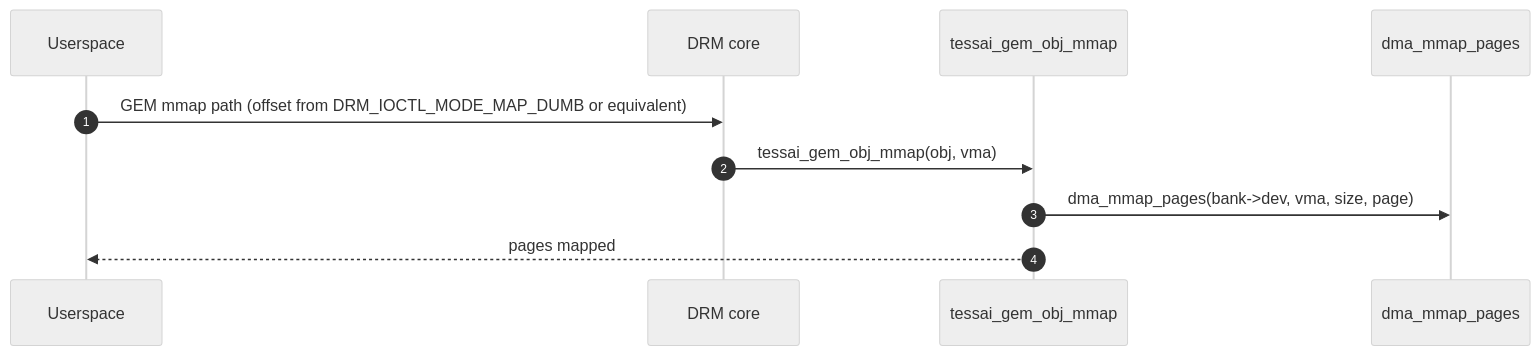
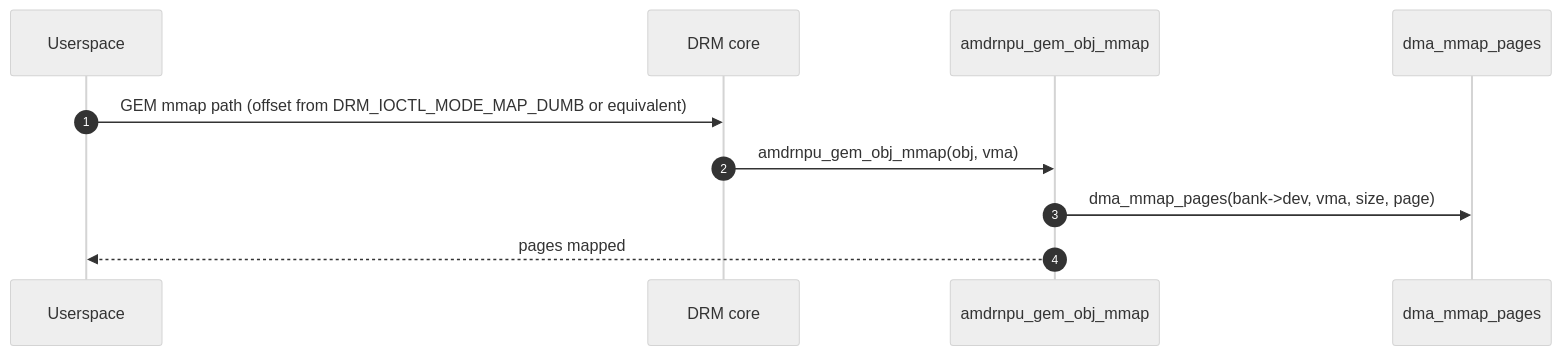
The fourth of 6 diagrams in docs/buffer-management.md (Xilinx/amdrnpu), drawn with Mermaid (neutral theme) before and after one commit. The commit also changed other lines of this file and 107 other files, not shown here.

Commit message:
Change all tessai references to amdrnpu

````diff
--- a/docs/buffer-management.md
+++ b/docs/buffer-management.md
@@ -157,13 +157,13 @@
 ```mermaid
 sequenceDiagram
     autonumber
     participant U as Userspace
     participant DRM as DRM core
-    participant K as tessai_gem_obj_mmap
+    participant K as amdrnpu_gem_obj_mmap
     participant DMA as dma_mmap_pages
 
     U->>DRM: GEM mmap path (offset from DRM_IOCTL_MODE_MAP_DUMB or equivalent)
-    DRM->>K: tessai_gem_obj_mmap(obj, vma)
+    DRM->>K: amdrnpu_gem_obj_mmap(obj, vma)
     K->>DMA: dma_mmap_pages(bank->dev, vma, size, page)
     K-->>U: pages mapped
 ```
````
